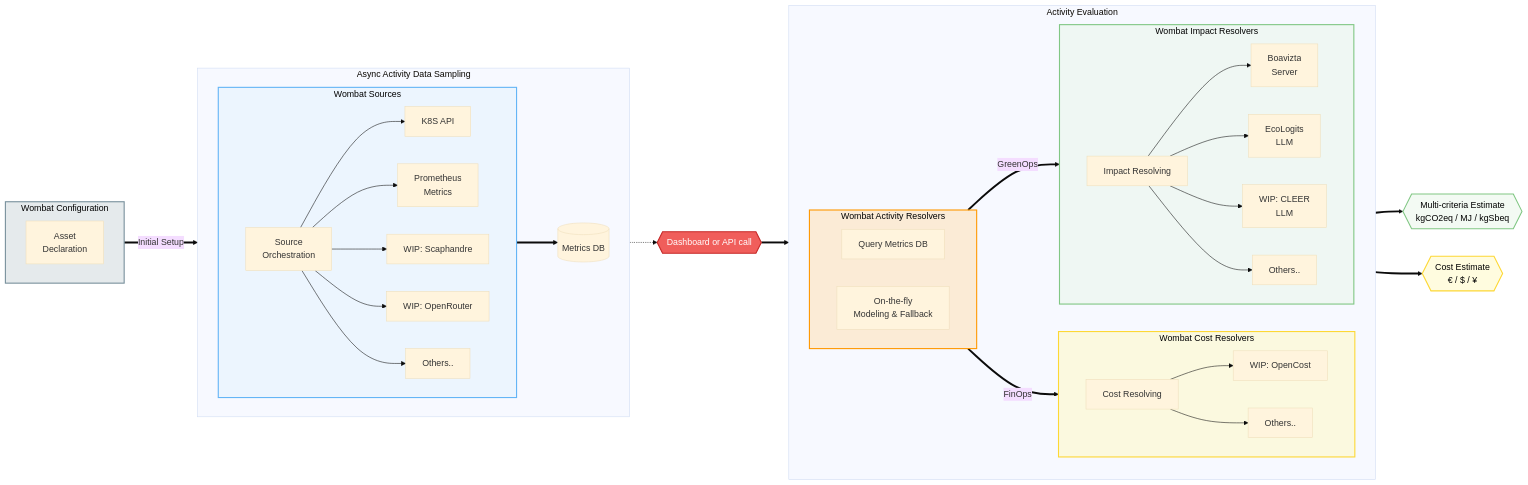
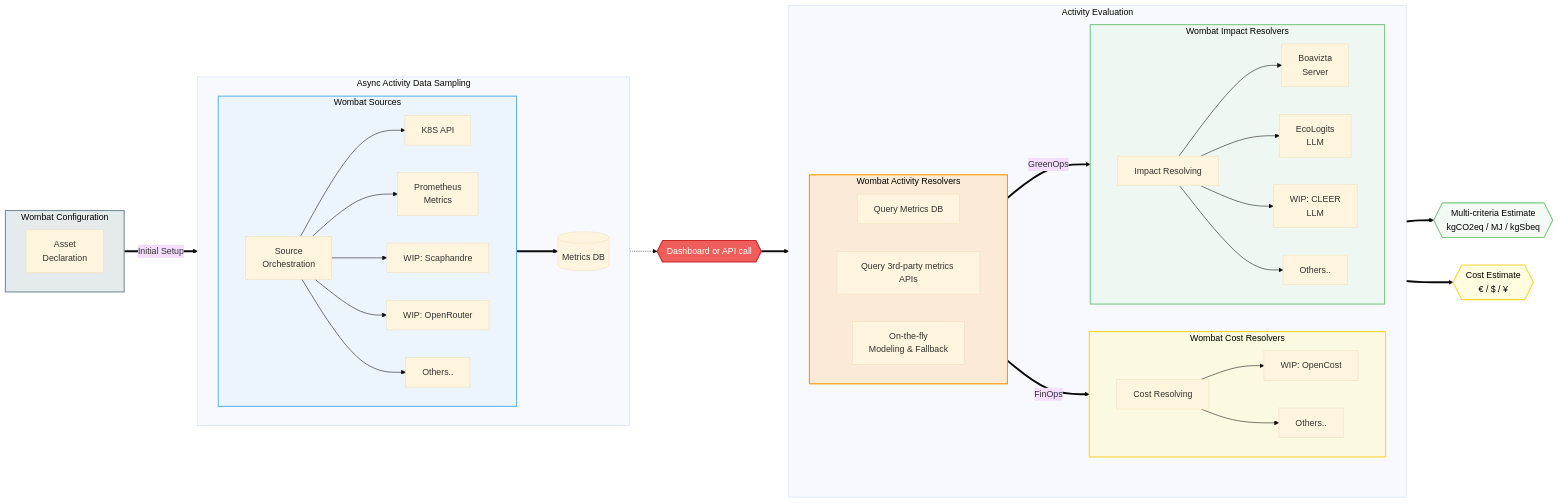
The second of 2 diagrams in README.md (illuin-tech/wombat), drawn with Mermaid (base theme) before and after one commit. The commit also changed other lines of this file and 6 other files, not shown here.

```diff
--- a/README.md
+++ b/README.md
@@ -142,6 +142,7 @@
         subgraph ACTIVITY[Wombat Activity Resolvers]
             direction LR
             SAMPLED[Query Metrics DB]
+            QUERIED[Query 3rd-party metrics APIs]
             MODELED[On-the-fly\nModeling & Fallback]
         end
 
```
